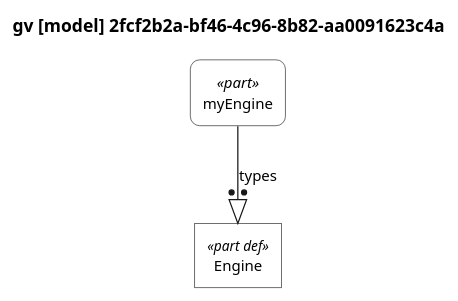
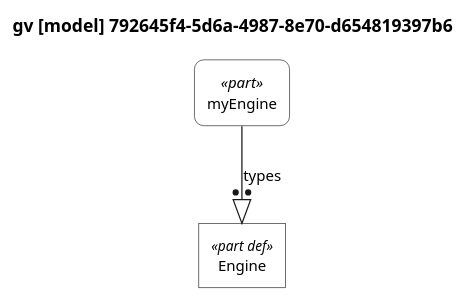
One commit to mycr0ft/sysml2py changed the diagram in docs/plantuml-examples/01-usage-vs-definition.puml. Above: the diagram before and after it, drawn with PlantUML. The commit also changed 27 other files, not shown here.

```diff
--- a/docs/plantuml-examples/01-usage-vs-definition.puml
+++ b/docs/plantuml-examples/01-usage-vs-definition.puml
@@ -1,112 +1,112 @@
 @startuml
 
 skinparam monochrome true
 skinparam wrapWidth 300
 skinparam defaultFontSize 12
 skinparam defaultFontName Helvetica
 
 ' Definitions: sharp corners, plain background
 skinparam rectangle<<part def>> {
     RoundCorner 0
     BackgroundColor white
     StereotypeFontSize 11
 }
 skinparam rectangle<<item def>> {
     RoundCorner 0
     BackgroundColor white
 }
 skinparam rectangle<<attribute def>> {
     RoundCorner 0
     BackgroundColor white
 }
 skinparam rectangle<<port def>> {
     RoundCorner 0
     BackgroundColor white
 }
 skinparam rectangle<<action def>> {
     RoundCorner 0
     BackgroundColor white
 }
 skinparam rectangle<<state def>> {
     RoundCorner 0
     BackgroundColor white
 }
 skinparam rectangle<<requirement def>> {
     RoundCorner 0
     BackgroundColor white
 }
 skinparam rectangle<<view def>> {
     RoundCorner 0
     BackgroundColor white
 }
 skinparam rectangle<<viewpoint def>> {
     RoundCorner 0
     BackgroundColor white
 }
 skinparam rectangle<<enumeration def>> {
     RoundCorner 0
     BackgroundColor white
 }
 
 ' Usages: rounded corners, plain background
 skinparam rectangle<<part>> {
     RoundCorner 15
     BackgroundColor white
 }
 skinparam rectangle<<item>> {
     RoundCorner 15
     BackgroundColor white
 }
 skinparam rectangle<<attribute>> {
     RoundCorner 15
     BackgroundColor white
 }
 skinparam rectangle<<port>> {
     RoundCorner 15
     BackgroundColor white
 }
 skinparam rectangle<<action>> {
     RoundCorner 15
     BackgroundColor white
 }
 skinparam rectangle<<state>> {
     RoundCorner 15
     BackgroundColor white
 }
 skinparam rectangle<<requirement>> {
     RoundCorner 15
     BackgroundColor white
 }
 skinparam rectangle<<view>> {
     RoundCorner 15
     BackgroundColor white
 }
 skinparam rectangle<<viewpoint>> {
     RoundCorner 15
     BackgroundColor white
 }
 skinparam rectangle<<enumeration>> {
     RoundCorner 15
     BackgroundColor white
 }
 
 ' Views as folders
 skinparam folder<<view def>> {
     BackgroundColor white
 }
 skinparam folder<<view>> {
     BackgroundColor white
 }
 
 top to bottom direction
 
-title gv [model] 2fcf2b2a-bf46-4c96-8b82-aa0091623c4a
+title gv [model] 792645f4-5d6a-4987-8e70-d654819397b6
 
 hide circle
 
 rectangle "Engine" as E1 <<part def>>
 rectangle "myEngine" as E2 <<part>>
 
 E2 --:|> E1 : types
 
 @enduml
```
